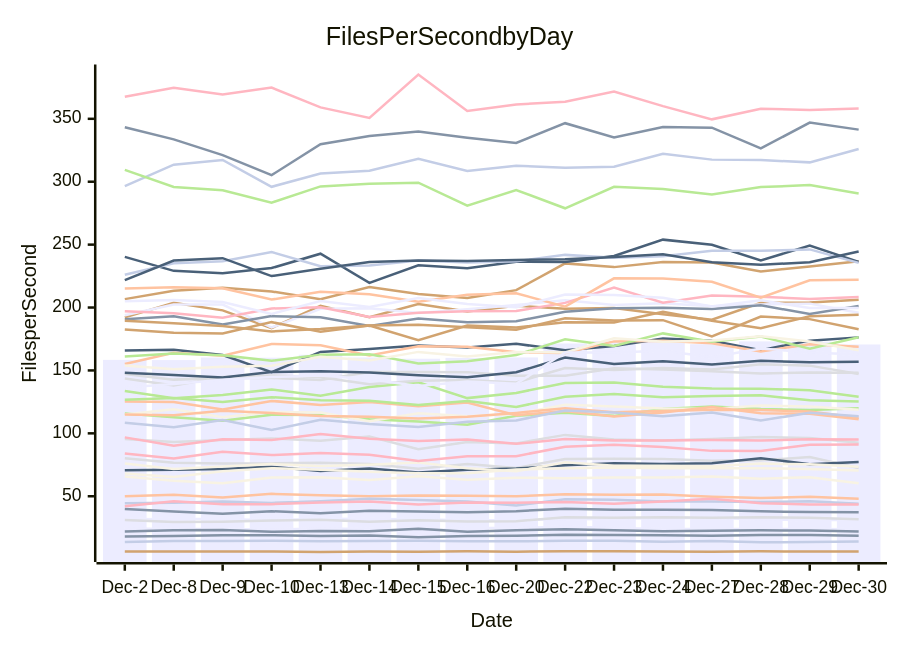
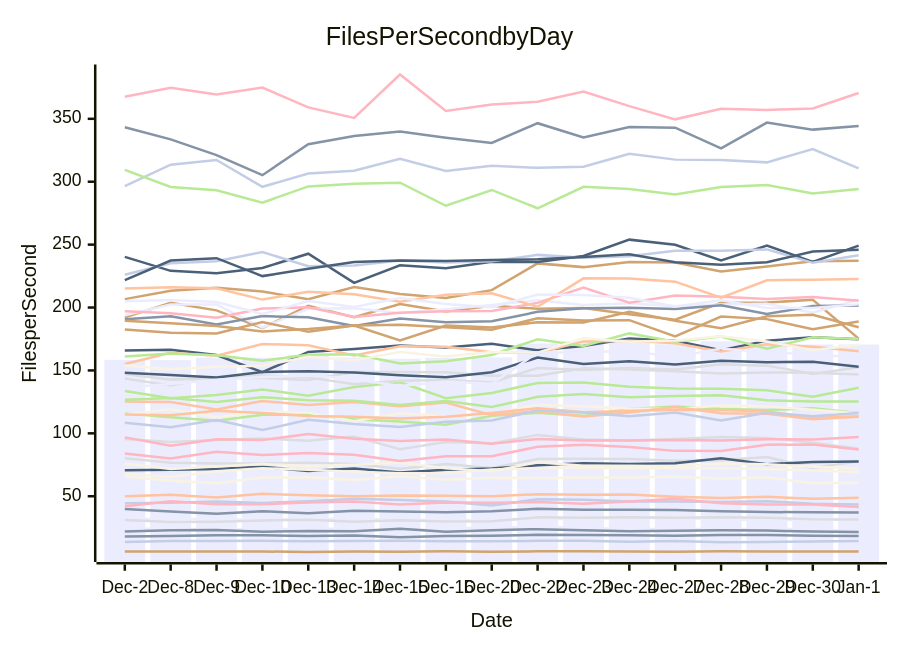
The diagram in perf-report.md (streetsidesoftware/cspell), drawn with Mermaid before and after one commit. The commit also changed other lines of this file and 1 other file, not shown here.

````diff
--- a/perf-report.md
+++ b/perf-report.md
@@ -11,57 +11,57 @@
 ```mermaid
 xychart-beta
     title Files Per Second by Day
     y-axis Files per Second
-    x-axis Date [Dec-2, Dec-8, Dec-9, Dec-10, Dec-13, Dec-14, Dec-15, Dec-16, Dec-20, Dec-22, Dec-23, Dec-24, Dec-27, Dec-28, Dec-29, Dec-30]
-    bar [158.41, 158.24, 160.26, 160.13, 162.46, 160.30, 159.32, 159.99, 160.32, 171.41, 173.30, 173.54, 170.88, 173.10, 172.87, 170.63]
-    line [39.93, 37.87, 36.13, 38.10, 36.47, 38.38, 37.81, 37.32, 38.13, 39.99, 39.24, 39.22, 39.13, 37.99, 37.43, 37.30]
-    line [49.95, 51.18, 48.94, 51.93, 50.78, 49.91, 50.66, 50.34, 50.02, 51.61, 51.21, 51.38, 49.64, 48.60, 49.52, 48.09]
-    line [80.27, 76.65, 75.94, 76.12, 76.57, 75.62, 71.86, 75.70, 72.52, 79.52, 79.75, 79.57, 78.19, 78.53, 81.17, 72.47]
-    line [115.87, 112.86, 110.11, 114.79, 114.58, 111.22, 109.33, 106.79, 113.91, 116.30, 113.89, 119.27, 121.25, 119.32, 118.60, 119.88]
-    line [6.12, 6.00, 6.03, 6.11, 5.69, 6.12, 5.85, 6.27, 5.94, 6.19, 6.23, 6.06, 5.80, 6.19, 6.04, 6.09]
-    line [44.42, 44.87, 45.90, 44.67, 46.00, 48.05, 47.07, 45.85, 42.75, 47.52, 47.21, 45.81, 45.88, 45.34, 46.09, 44.04]
-    line [42.00, 46.02, 43.67, 43.68, 45.02, 45.75, 43.43, 44.94, 44.85, 45.35, 43.98, 45.75, 48.03, 44.47, 43.53, 43.39]
-    line [165.94, 166.49, 162.27, 148.64, 164.74, 167.10, 169.90, 168.25, 171.20, 165.98, 169.49, 175.43, 173.51, 166.13, 173.69, 176.28]
-    line [115.04, 119.17, 112.82, 116.99, 116.61, 109.61, 115.93, 113.66, 115.36, 122.68, 121.26, 119.81, 119.36, 122.21, 121.33, 118.71]
-    line [31.76, 31.99, 31.99, 30.84, 32.08, 31.89, 31.67, 31.01, 31.00, 31.79, 31.95, 32.72, 33.00, 31.56, 31.04, 31.19]
-    line [343.35, 333.69, 321.17, 305.21, 329.78, 336.28, 339.96, 335.03, 330.81, 346.52, 335.23, 343.48, 342.97, 326.49, 346.96, 341.41]
-    line [125.41, 124.96, 118.90, 125.77, 122.50, 124.97, 121.63, 124.44, 114.40, 117.66, 113.42, 116.57, 120.86, 116.04, 115.61, 111.25]
-    line [95.57, 93.03, 94.71, 95.93, 94.05, 97.42, 87.40, 93.20, 92.02, 98.77, 95.06, 94.41, 95.55, 97.07, 96.22, 92.57]
-    line [126.68, 128.02, 124.91, 128.75, 126.25, 125.99, 122.54, 125.77, 120.95, 129.07, 131.35, 128.71, 129.73, 130.21, 126.25, 125.32]
-    line [192.21, 203.69, 197.75, 183.65, 201.42, 192.31, 202.71, 196.90, 201.49, 199.06, 199.67, 194.62, 190.28, 203.79, 203.98, 206.16]
-    line [13.55, 14.37, 14.53, 14.61, 14.25, 14.42, 14.66, 14.20, 14.14, 14.58, 14.66, 13.81, 14.51, 13.39, 13.58, 14.12]
-    line [96.80, 90.09, 95.39, 94.62, 99.56, 95.79, 93.99, 95.03, 91.66, 95.50, 94.32, 94.29, 94.73, 94.34, 95.29, 95.11]
-    line [70.66, 70.99, 71.64, 73.38, 70.10, 71.99, 68.96, 71.11, 72.00, 74.62, 76.21, 75.66, 76.28, 80.16, 75.45, 77.29]
-    line [65.65, 62.39, 60.36, 64.84, 65.11, 62.93, 65.98, 63.02, 64.70, 64.39, 64.92, 64.92, 65.76, 63.97, 65.18, 60.36]
-    line [193.86, 202.32, 202.37, 184.12, 199.02, 199.50, 195.58, 198.56, 202.04, 205.76, 202.04, 203.32, 201.04, 202.44, 203.10, 195.80]
-    line [18.09, 18.49, 18.92, 19.04, 18.41, 18.71, 17.35, 18.44, 18.66, 19.39, 19.24, 18.95, 18.61, 19.20, 19.16, 18.64]
-    line [115.04, 114.43, 117.93, 116.17, 113.85, 113.19, 111.86, 113.23, 116.22, 119.95, 116.76, 117.75, 118.71, 118.58, 117.32, 112.42]
-    line [31.13, 29.50, 29.81, 30.70, 31.34, 29.78, 30.86, 29.89, 30.20, 33.22, 32.90, 33.40, 32.96, 33.38, 32.90, 31.64]
-    line [133.58, 127.82, 130.48, 134.87, 129.94, 136.83, 140.59, 128.00, 132.13, 140.04, 140.36, 136.98, 135.57, 135.50, 134.25, 129.01]
-    line [206.67, 213.42, 215.72, 212.77, 206.57, 216.35, 210.81, 207.51, 213.81, 235.09, 232.12, 236.13, 235.71, 228.72, 232.65, 236.79]
-    line [296.47, 313.58, 317.30, 295.96, 306.54, 308.67, 318.29, 308.47, 312.68, 311.01, 311.87, 322.19, 317.56, 317.24, 315.38, 325.99]
-    line [197.01, 195.46, 191.88, 199.25, 200.18, 192.55, 195.85, 196.96, 197.31, 203.68, 215.88, 203.82, 209.47, 208.55, 206.80, 208.32]
-    line [240.23, 229.14, 227.27, 231.37, 242.80, 219.56, 233.62, 231.32, 236.32, 236.26, 240.94, 253.96, 249.85, 237.45, 249.30, 236.26]
-    line [76.02, 71.59, 73.55, 75.54, 73.95, 75.07, 76.77, 72.26, 69.84, 77.03, 74.27, 74.27, 73.83, 75.96, 75.41, 73.52]
-    line [24.46, 23.99, 23.97, 23.56, 24.27, 23.97, 21.89, 24.77, 24.75, 25.98, 24.78, 24.02, 24.07, 23.90, 24.05, 23.79]
-    line [190.71, 193.15, 186.55, 193.19, 192.23, 185.43, 191.26, 188.26, 189.10, 196.56, 199.42, 199.83, 198.90, 201.82, 194.83, 201.20]
-    line [215.07, 216.21, 215.29, 206.31, 212.61, 210.51, 204.56, 210.18, 211.34, 200.66, 223.22, 223.16, 220.54, 207.84, 221.69, 222.09]
-    line [143.55, 138.09, 144.82, 146.07, 144.49, 139.02, 141.78, 142.36, 140.50, 151.95, 150.33, 152.02, 150.72, 154.90, 153.82, 147.24]
-    line [309.39, 295.84, 293.27, 283.38, 296.25, 298.40, 299.27, 280.90, 293.45, 278.89, 296.00, 294.23, 289.77, 295.71, 297.33, 290.64]
-    line [189.43, 187.46, 185.27, 181.05, 182.93, 185.74, 173.94, 185.68, 184.19, 188.28, 188.11, 196.54, 189.53, 183.55, 193.13, 194.30]
-    line [226.03, 235.13, 236.77, 244.11, 232.83, 233.41, 237.39, 235.87, 236.73, 241.85, 239.59, 240.67, 245.15, 245.04, 246.20, 235.52]
-    line [84.05, 80.02, 85.30, 82.71, 84.32, 82.91, 77.95, 81.87, 81.89, 89.30, 90.84, 89.17, 86.07, 86.04, 90.94, 91.20]
-    line [221.75, 237.38, 239.25, 224.99, 230.85, 236.16, 237.46, 237.06, 237.81, 238.36, 240.26, 242.42, 235.97, 234.05, 235.94, 244.60]
-    line [68.01, 65.32, 69.78, 72.32, 70.99, 69.49, 68.20, 68.29, 71.18, 72.28, 72.81, 72.16, 72.22, 72.29, 71.63, 70.43]
-    line [205.06, 206.03, 204.37, 194.91, 205.14, 200.36, 207.64, 202.85, 200.31, 210.29, 210.04, 207.76, 200.78, 205.77, 199.55, 199.57]
-    line [21.90, 22.93, 23.26, 21.71, 22.48, 22.26, 24.16, 21.86, 22.99, 23.86, 22.95, 22.15, 22.59, 22.93, 22.71, 21.96]
-    line [155.06, 164.08, 161.66, 171.02, 169.99, 161.97, 169.28, 168.79, 164.45, 163.90, 173.08, 173.52, 171.67, 165.07, 170.82, 168.89]
-    line [147.19, 142.70, 144.08, 143.97, 142.44, 148.72, 148.74, 148.66, 145.81, 145.83, 151.65, 150.82, 149.41, 147.54, 148.32, 148.24]
-    line [161.03, 163.37, 162.01, 157.69, 162.41, 162.92, 155.61, 157.24, 162.25, 174.81, 169.46, 179.44, 172.82, 176.92, 167.34, 176.43]
-    line [182.47, 179.95, 179.31, 188.38, 180.77, 185.77, 186.35, 184.33, 182.33, 191.53, 189.75, 189.98, 177.07, 192.83, 190.79, 182.79]
-    line [108.44, 104.81, 110.68, 102.65, 110.81, 107.51, 105.11, 109.29, 110.23, 118.20, 116.66, 113.51, 116.56, 110.18, 116.43, 113.57]
-    line [367.49, 374.69, 369.34, 374.83, 359.05, 350.76, 385.22, 356.23, 361.41, 363.52, 371.74, 360.07, 349.58, 358.00, 357.09, 358.22]
-    line [148.12, 146.38, 144.41, 148.76, 149.26, 148.44, 146.25, 144.57, 148.51, 160.26, 155.20, 157.30, 154.76, 157.76, 156.45, 156.97]
-    line [153.99, 150.95, 152.99, 153.72, 160.91, 157.90, 164.74, 161.04, 164.69, 164.20, 175.57, 172.74, 173.87, 177.24, 172.99, 166.08]
-    line [136.51, 139.19, 142.56, 144.70, 146.06, 142.91, 137.61, 141.27, 139.39, 164.22, 164.25, 165.65, 160.55, 167.52, 164.35, 162.61]
+    x-axis Date [Dec-2, Dec-8, Dec-9, Dec-10, Dec-13, Dec-14, Dec-15, Dec-16, Dec-20, Dec-22, Dec-23, Dec-24, Dec-27, Dec-28, Dec-29, Dec-30, Jan-1]
+    bar [158.41, 158.24, 160.26, 160.13, 162.46, 160.30, 159.32, 159.99, 160.32, 171.41, 173.30, 173.54, 170.88, 173.10, 172.87, 170.63, 170.61]
+    line [39.93, 37.87, 36.13, 38.10, 36.47, 38.38, 37.81, 37.32, 38.13, 39.99, 39.24, 39.22, 39.13, 37.99, 37.43, 37.30, 37.04]
+    line [49.95, 51.18, 48.94, 51.93, 50.78, 49.91, 50.66, 50.34, 50.02, 51.61, 51.21, 51.38, 49.64, 48.60, 49.52, 48.09, 48.77]
+    line [80.27, 76.65, 75.94, 76.12, 76.57, 75.62, 71.86, 75.70, 72.52, 79.52, 79.75, 79.57, 78.19, 78.53, 81.17, 72.47, 77.74]
+    line [115.87, 112.86, 110.11, 114.79, 114.58, 111.22, 109.33, 106.79, 113.91, 116.30, 113.89, 119.27, 121.25, 119.32, 118.60, 119.88, 116.21]
+    line [6.12, 6.00, 6.03, 6.11, 5.69, 6.12, 5.85, 6.27, 5.94, 6.19, 6.23, 6.06, 5.80, 6.19, 6.04, 6.09, 6.09]
+    line [44.42, 44.87, 45.90, 44.67, 46.00, 48.05, 47.07, 45.85, 42.75, 47.52, 47.21, 45.81, 45.88, 45.34, 46.09, 44.04, 43.54]
+    line [42.00, 46.02, 43.67, 43.68, 45.02, 45.75, 43.43, 44.94, 44.85, 45.35, 43.98, 45.75, 48.03, 44.47, 43.53, 43.39, 41.42]
+    line [165.94, 166.49, 162.27, 148.64, 164.74, 167.10, 169.90, 168.25, 171.20, 165.98, 169.49, 175.43, 173.51, 166.13, 173.69, 176.28, 174.84]
+    line [115.04, 119.17, 112.82, 116.99, 116.61, 109.61, 115.93, 113.66, 115.36, 122.68, 121.26, 119.81, 119.36, 122.21, 121.33, 118.71, 116.01]
+    line [31.76, 31.99, 31.99, 30.84, 32.08, 31.89, 31.67, 31.01, 31.00, 31.79, 31.95, 32.72, 33.00, 31.56, 31.04, 31.19, 31.55]
+    line [343.35, 333.69, 321.17, 305.21, 329.78, 336.28, 339.96, 335.03, 330.81, 346.52, 335.23, 343.48, 342.97, 326.49, 346.96, 341.41, 344.23]
+    line [125.41, 124.96, 118.90, 125.77, 122.50, 124.97, 121.63, 124.44, 114.40, 117.66, 113.42, 116.57, 120.86, 116.04, 115.61, 111.25, 113.22]
+    line [95.57, 93.03, 94.71, 95.93, 94.05, 97.42, 87.40, 93.20, 92.02, 98.77, 95.06, 94.41, 95.55, 97.07, 96.22, 92.57, 87.74]
+    line [126.68, 128.02, 124.91, 128.75, 126.25, 125.99, 122.54, 125.77, 120.95, 129.07, 131.35, 128.71, 129.73, 130.21, 126.25, 125.32, 125.33]
+    line [192.21, 203.69, 197.75, 183.65, 201.42, 192.31, 202.71, 196.90, 201.49, 199.06, 199.67, 194.62, 190.28, 203.79, 203.98, 206.16, 175.26]
+    line [13.55, 14.37, 14.53, 14.61, 14.25, 14.42, 14.66, 14.20, 14.14, 14.58, 14.66, 13.81, 14.51, 13.39, 13.58, 14.12, 14.45]
+    line [96.80, 90.09, 95.39, 94.62, 99.56, 95.79, 93.99, 95.03, 91.66, 95.50, 94.32, 94.29, 94.73, 94.34, 95.29, 95.11, 97.19]
+    line [70.66, 70.99, 71.64, 73.38, 70.10, 71.99, 68.96, 71.11, 72.00, 74.62, 76.21, 75.66, 76.28, 80.16, 75.45, 77.29, 77.59]
+    line [65.65, 62.39, 60.36, 64.84, 65.11, 62.93, 65.98, 63.02, 64.70, 64.39, 64.92, 64.92, 65.76, 63.97, 65.18, 60.36, 60.68]
+    line [193.86, 202.32, 202.37, 184.12, 199.02, 199.50, 195.58, 198.56, 202.04, 205.76, 202.04, 203.32, 201.04, 202.44, 203.10, 195.80, 206.34]
+    line [18.09, 18.49, 18.92, 19.04, 18.41, 18.71, 17.35, 18.44, 18.66, 19.39, 19.24, 18.95, 18.61, 19.20, 19.16, 18.64, 18.42]
+    line [115.04, 114.43, 117.93, 116.17, 113.85, 113.19, 111.86, 113.23, 116.22, 119.95, 116.76, 117.75, 118.71, 118.58, 117.32, 112.42, 113.66]
+    line [31.13, 29.50, 29.81, 30.70, 31.34, 29.78, 30.86, 29.89, 30.20, 33.22, 32.90, 33.40, 32.96, 33.38, 32.90, 31.64, 31.57]
+    line [133.58, 127.82, 130.48, 134.87, 129.94, 136.83, 140.59, 128.00, 132.13, 140.04, 140.36, 136.98, 135.57, 135.50, 134.25, 129.01, 136.31]
+    line [206.67, 213.42, 215.72, 212.77, 206.57, 216.35, 210.81, 207.51, 213.81, 235.09, 232.12, 236.13, 235.71, 228.72, 232.65, 236.79, 237.17]
+    line [296.47, 313.58, 317.30, 295.96, 306.54, 308.67, 318.29, 308.47, 312.68, 311.01, 311.87, 322.19, 317.56, 317.24, 315.38, 325.99, 310.60]
+    line [197.01, 195.46, 191.88, 199.25, 200.18, 192.55, 195.85, 196.96, 197.31, 203.68, 215.88, 203.82, 209.47, 208.55, 206.80, 208.32, 205.46]
+    line [240.23, 229.14, 227.27, 231.37, 242.80, 219.56, 233.62, 231.32, 236.32, 236.26, 240.94, 253.96, 249.85, 237.45, 249.30, 236.26, 249.21]
+    line [76.02, 71.59, 73.55, 75.54, 73.95, 75.07, 76.77, 72.26, 69.84, 77.03, 74.27, 74.27, 73.83, 75.96, 75.41, 73.52, 72.02]
+    line [24.46, 23.99, 23.97, 23.56, 24.27, 23.97, 21.89, 24.77, 24.75, 25.98, 24.78, 24.02, 24.07, 23.90, 24.05, 23.79, 21.97]
+    line [190.71, 193.15, 186.55, 193.19, 192.23, 185.43, 191.26, 188.26, 189.10, 196.56, 199.42, 199.83, 198.90, 201.82, 194.83, 201.20, 201.62]
+    line [215.07, 216.21, 215.29, 206.31, 212.61, 210.51, 204.56, 210.18, 211.34, 200.66, 223.22, 223.16, 220.54, 207.84, 221.69, 222.09, 222.75]
+    line [143.55, 138.09, 144.82, 146.07, 144.49, 139.02, 141.78, 142.36, 140.50, 151.95, 150.33, 152.02, 150.72, 154.90, 153.82, 147.24, 152.57]
+    line [309.39, 295.84, 293.27, 283.38, 296.25, 298.40, 299.27, 280.90, 293.45, 278.89, 296.00, 294.23, 289.77, 295.71, 297.33, 290.64, 294.23]
+    line [189.43, 187.46, 185.27, 181.05, 182.93, 185.74, 173.94, 185.68, 184.19, 188.28, 188.11, 196.54, 189.53, 183.55, 193.13, 194.30, 184.36]
+    line [226.03, 235.13, 236.77, 244.11, 232.83, 233.41, 237.39, 235.87, 236.73, 241.85, 239.59, 240.67, 245.15, 245.04, 246.20, 235.52, 241.61]
+    line [84.05, 80.02, 85.30, 82.71, 84.32, 82.91, 77.95, 81.87, 81.89, 89.30, 90.84, 89.17, 86.07, 86.04, 90.94, 91.20, 87.20]
+    line [221.75, 237.38, 239.25, 224.99, 230.85, 236.16, 237.46, 237.06, 237.81, 238.36, 240.26, 242.42, 235.97, 234.05, 235.94, 244.60, 245.97]
+    line [68.01, 65.32, 69.78, 72.32, 70.99, 69.49, 68.20, 68.29, 71.18, 72.28, 72.81, 72.16, 72.22, 72.29, 71.63, 70.43, 69.28]
+    line [205.06, 206.03, 204.37, 194.91, 205.14, 200.36, 207.64, 202.85, 200.31, 210.29, 210.04, 207.76, 200.78, 205.77, 199.55, 199.57, 202.59]
+    line [21.90, 22.93, 23.26, 21.71, 22.48, 22.26, 24.16, 21.86, 22.99, 23.86, 22.95, 22.15, 22.59, 22.93, 22.71, 21.96, 21.67]
+    line [155.06, 164.08, 161.66, 171.02, 169.99, 161.97, 169.28, 168.79, 164.45, 163.90, 173.08, 173.52, 171.67, 165.07, 170.82, 168.89, 165.34]
+    line [147.19, 142.70, 144.08, 143.97, 142.44, 148.72, 148.74, 148.66, 145.81, 145.83, 151.65, 150.82, 149.41, 147.54, 148.32, 148.24, 146.69]
+    line [161.03, 163.37, 162.01, 157.69, 162.41, 162.92, 155.61, 157.24, 162.25, 174.81, 169.46, 179.44, 172.82, 176.92, 167.34, 176.43, 175.08]
+    line [182.47, 179.95, 179.31, 188.38, 180.77, 185.77, 186.35, 184.33, 182.33, 191.53, 189.75, 189.98, 177.07, 192.83, 190.79, 182.79, 188.82]
+    line [108.44, 104.81, 110.68, 102.65, 110.81, 107.51, 105.11, 109.29, 110.23, 118.20, 116.66, 113.51, 116.56, 110.18, 116.43, 113.57, 116.22]
+    line [367.49, 374.69, 369.34, 374.83, 359.05, 350.76, 385.22, 356.23, 361.41, 363.52, 371.74, 360.07, 349.58, 358.00, 357.09, 358.22, 370.47]
+    line [148.12, 146.38, 144.41, 148.76, 149.26, 148.44, 146.25, 144.57, 148.51, 160.26, 155.20, 157.30, 154.76, 157.76, 156.45, 156.97, 153.00]
+    line [153.99, 150.95, 152.99, 153.72, 160.91, 157.90, 164.74, 161.04, 164.69, 164.20, 175.57, 172.74, 173.87, 177.24, 172.99, 166.08, 170.50]
+    line [136.51, 139.19, 142.56, 144.70, 146.06, 142.91, 137.61, 141.27, 139.39, 164.22, 164.25, 165.65, 160.55, 167.52, 164.35, 162.61, 160.24]
 ```
````
